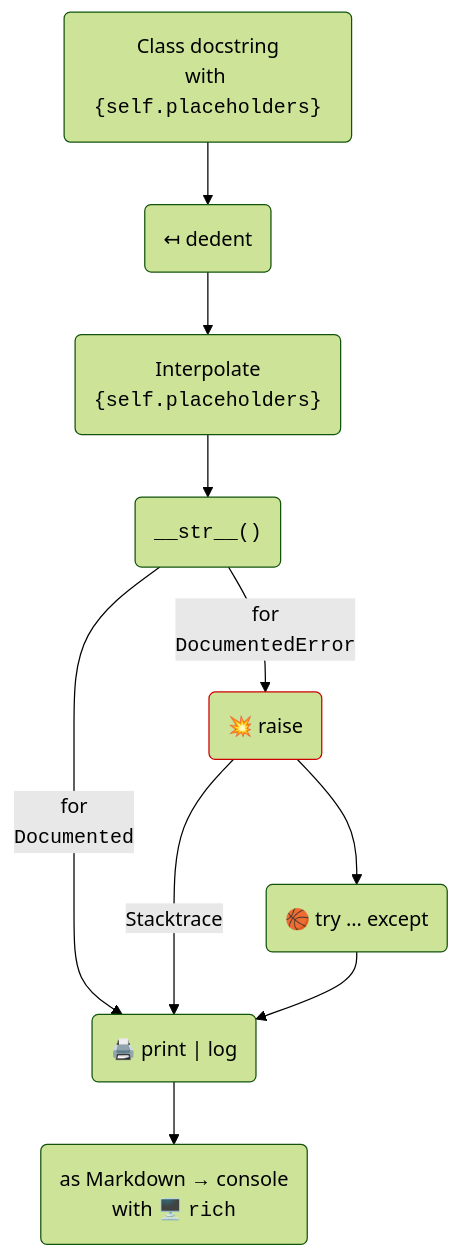
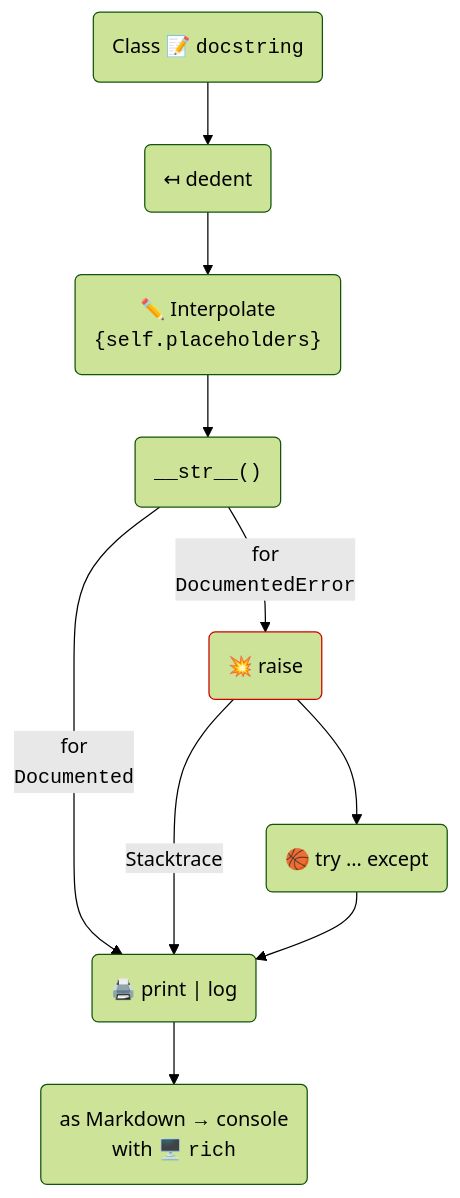
One commit to anatoly-scherbakov/documented changed the diagram in docs/index.md. Above: the diagram before and after it, drawn with Mermaid (forest theme). The commit also changed 1 other file, not shown here.

Commit message:
Blog post link larger

````diff
--- a/docs/index.md
+++ b/docs/index.md
@@ -52,21 +52,21 @@
 ```mermaid
 graph TD
-    docstring("Class docstring<br>with <code>{self.placeholders}</code>") --> dedent("↤ dedent")
-    dedent --> C("Interpolate<br><code>{self.placeholders}</code>")
+    docstring("Class 📝 <code>docstring</code>") --> dedent("↤ dedent")
+    dedent --> C("✏️ Interpolate<br><code>{self.placeholders}</code>")
     C --> str("<code>__str__()</code>")
     str -- "for<br><code>DocumentedError</code>" --> raise("💥 raise")
     str -- "for<br><code>Documented</code>" --> print("🖨️ print | log")
     print --> rich("as Markdown → console<br>with 🖥️ <code>rich</code>")
     raise --> try("🏀 try … except")
     raise -- Stacktrace --> print
     try --> print
     
     style raise stroke:#CC0000
     click dedent "https://docs.python.org/3/library/textwrap.html#textwrap.dedent"
     click C "templating/"
     click rich "compatibility/rich/"
     click str "https://docs.python.org/3/reference/datamodel.html#object.__str__"
     click try "try-except/"
     click docstring "docstring/"
     
 ```
````
